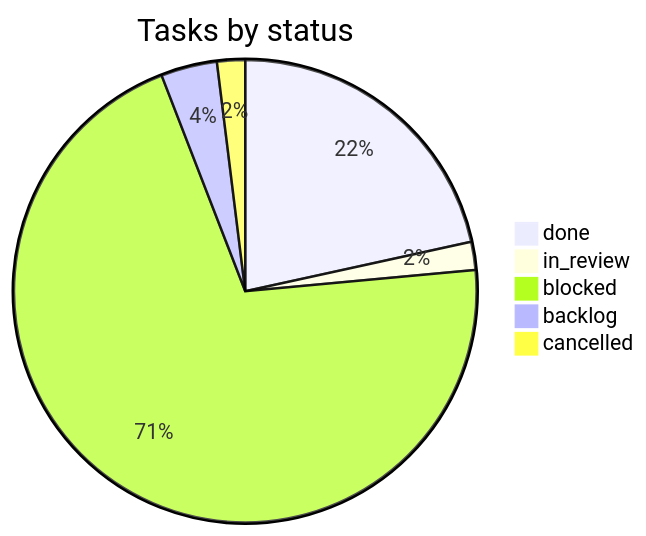
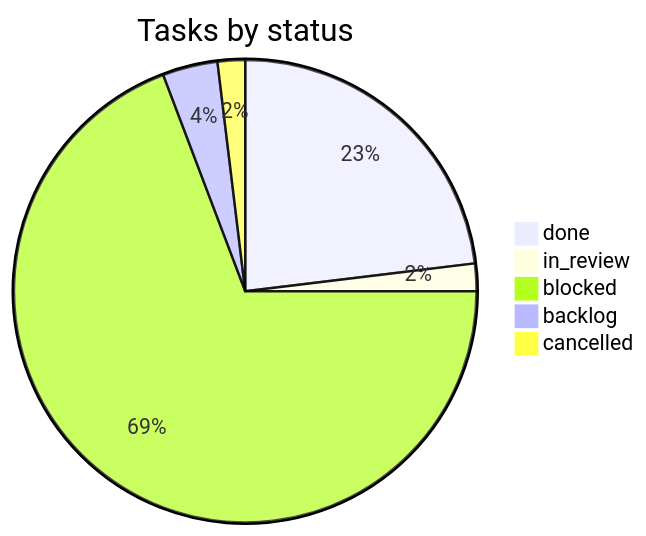
Before and after one commit to vulcanflow/docs: the second of 2 diagrams in PROGRESS.md, drawn with Mermaid. The commit also changed other lines of this file and 1 other file, not shown here.

````diff
--- a/PROGRESS.md
+++ b/PROGRESS.md
@@ -58,8 +58,8 @@
 ```mermaid
 pie title Tasks by status
-  "done" : 11
+  "done" : 12
   "in_review" : 1
   "blocked" : 36
   "backlog" : 2
   "cancelled" : 1
 ```
````
